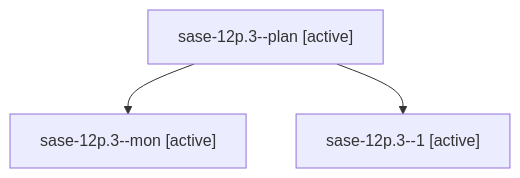
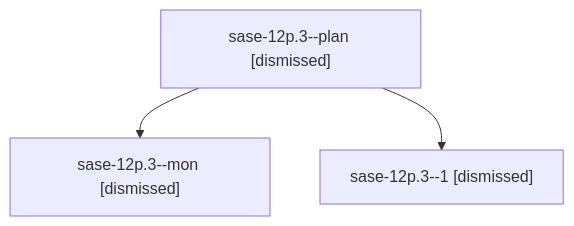
One commit to sase-org/sase--agents changed the diagram in sessions/bbugyi200.athena.sase-12p.3.md. Above: the diagram before and after it, drawn with Mermaid. The commit also changed other lines of this file and 198 other files, not shown here.

````diff
--- a/sessions/bbugyi200.athena.sase-12p.3.md
+++ b/sessions/bbugyi200.athena.sase-12p.3.md
@@ -9,8 +9,8 @@
 ```mermaid
 flowchart TD
-  n0["sase-12p.3--plan [active]"]
-  n1["sase-12p.3--mon [active]"]
+  n0["sase-12p.3--plan [dismissed]"]
+  n1["sase-12p.3--mon [dismissed]"]
   n0 --> n1
-  n2["sase-12p.3--1 [active]"]
+  n2["sase-12p.3--1 [dismissed]"]
   n0 --> n2
 ```
````
